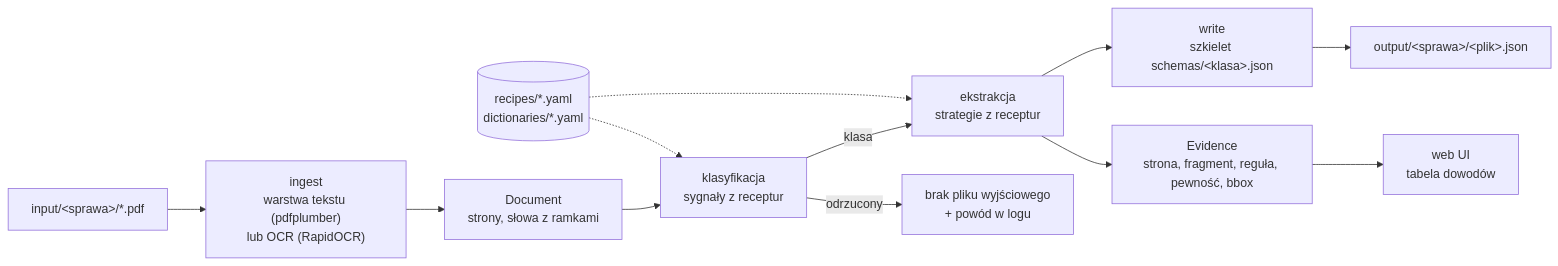
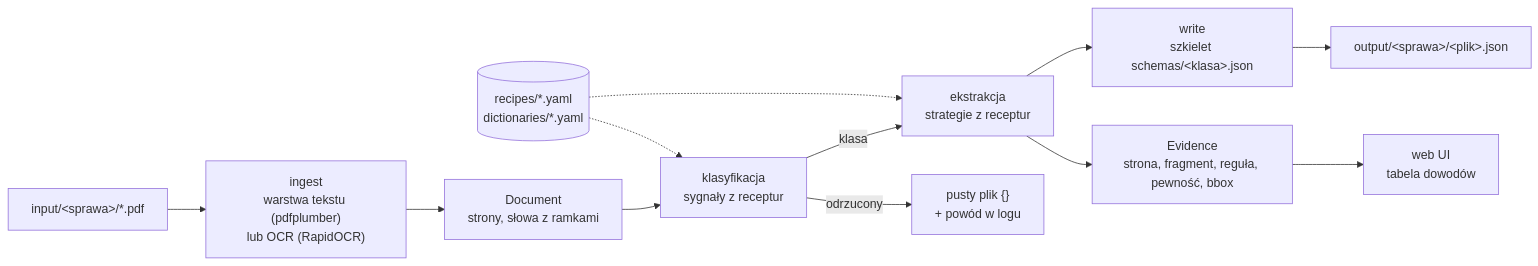
Before and after one commit to Eterphis/hacknation-2026-odwolania2json: the diagram in docs/ARCHITECTURE.md, drawn with Mermaid. The commit also changed other lines of this file and 4 other files, not shown here.

Commit message:
docs: public polish (architecture llm/case/preprocess, strip internal ids, external components)

````diff
--- a/docs/ARCHITECTURE.md
+++ b/docs/ARCHITECTURE.md
@@ -9,14 +10,14 @@
 ```mermaid
 flowchart LR
     PDF["input/&lt;sprawa&gt;/*.pdf"] --> ING["ingest<br/>warstwa tekstu (pdfplumber)<br/>lub OCR (RapidOCR)"]
     ING --> DOC["Document<br/>strony, słowa z ramkami"]
     DOC --> CLS["klasyfikacja<br/>sygnały z receptur"]
     CLS -->|klasa| EXT["ekstrakcja<br/>strategie z receptur"]
-    CLS -->|odrzucony| REJ["brak pliku wyjściowego<br/>+ powód w logu"]
+    CLS -->|odrzucony| REJ["pusty plik {}<br/>+ powód w logu"]
     EXT --> WR["write<br/>szkielet schemas/&lt;klasa&gt;.json"]
     WR --> OUT["output/&lt;sprawa&gt;/&lt;plik&gt;.json"]
     REC[("recipes/*.yaml<br/>dictionaries/*.yaml")] -.-> CLS
     REC -.-> EXT
     EXT --> EV["Evidence<br/>strona, fragment, reguła, pewność, bbox"]
     EV --> WEB["web UI<br/>tabela dowodów"]
 ```
````
